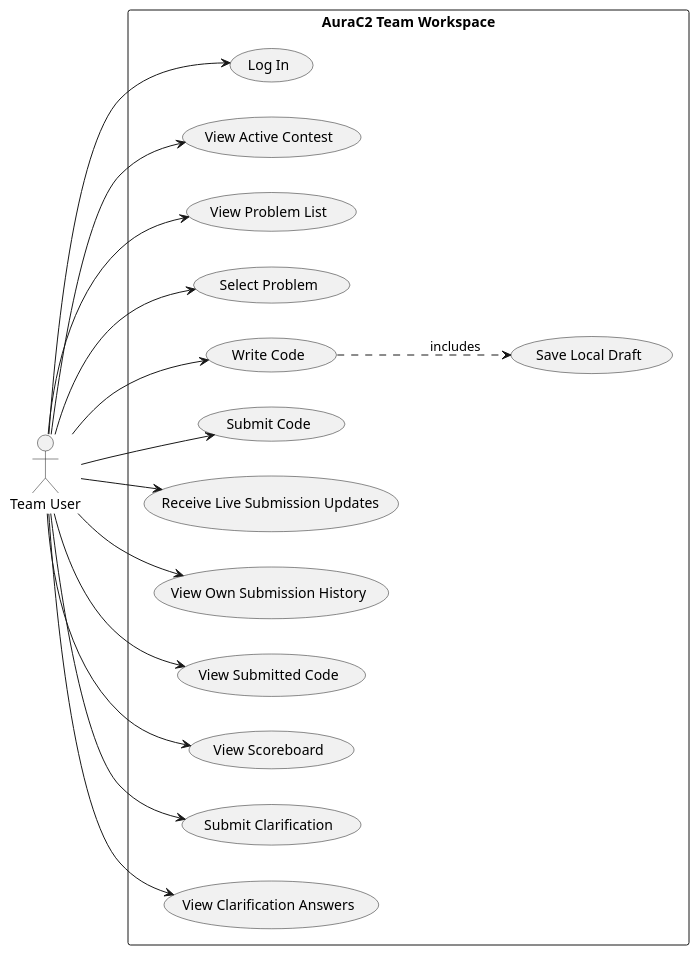
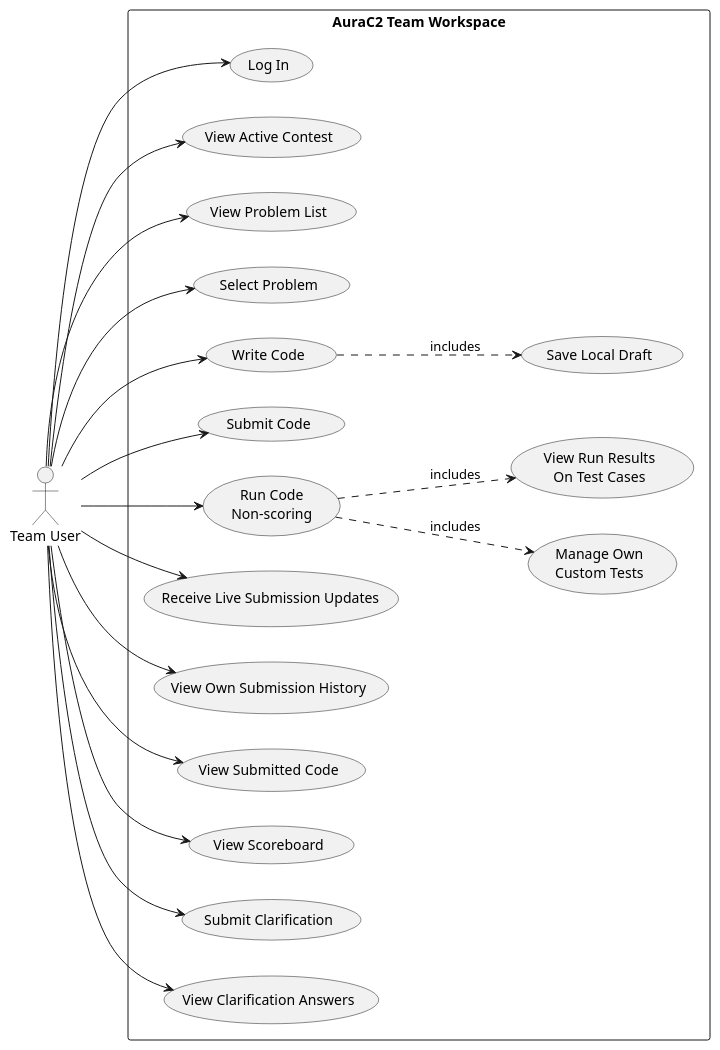
Before and after one commit to AuraC-graduate-project/AuraC2: the fifth of 18 diagrams in docs/report-rebuild/diagram-prompts.md, drawn with PlantUML. The commit also changed other lines of this file and 33 other files, not shown here.

First line of the commit message:
feat(team): add non-scoring run workflow and clean solving workspace

````diff
--- a/docs/report-rebuild/diagram-prompts.md
+++ b/docs/report-rebuild/diagram-prompts.md
@@ -205,34 +206,40 @@
 ```plantuml
 @startuml
 left to right direction
 actor "Team User" as Team
 rectangle "AuraC2 Team Workspace" {
   usecase "Log In" as T1
   usecase "View Active Contest" as T2
   usecase "View Problem List" as T3
   usecase "Select Problem" as T4
   usecase "Write Code" as T5
   usecase "Save Local Draft" as T6
   usecase "Submit Code" as T7
+  usecase "Run Code\nNon-scoring" as T7b
+  usecase "Manage Own\nCustom Tests" as T7c
+  usecase "View Run Results\nOn Test Cases" as T7d
   usecase "Receive Live Submission Updates" as T8
   usecase "View Own Submission History" as T9
   usecase "View Submitted Code" as T10
   usecase "View Scoreboard" as T11
   usecase "Submit Clarification" as T12
   usecase "View Clarification Answers" as T13
 }
 Team --> T1
 Team --> T2
 Team --> T3
 Team --> T4
 Team --> T5
 T5 ..> T6 : includes
 Team --> T7
+Team --> T7b
+T7b ..> T7c : includes
+T7b ..> T7d : includes
 Team --> T8
 Team --> T9
 Team --> T10
 Team --> T11
 Team --> T12
 Team --> T13
 @enduml
 ```
````
